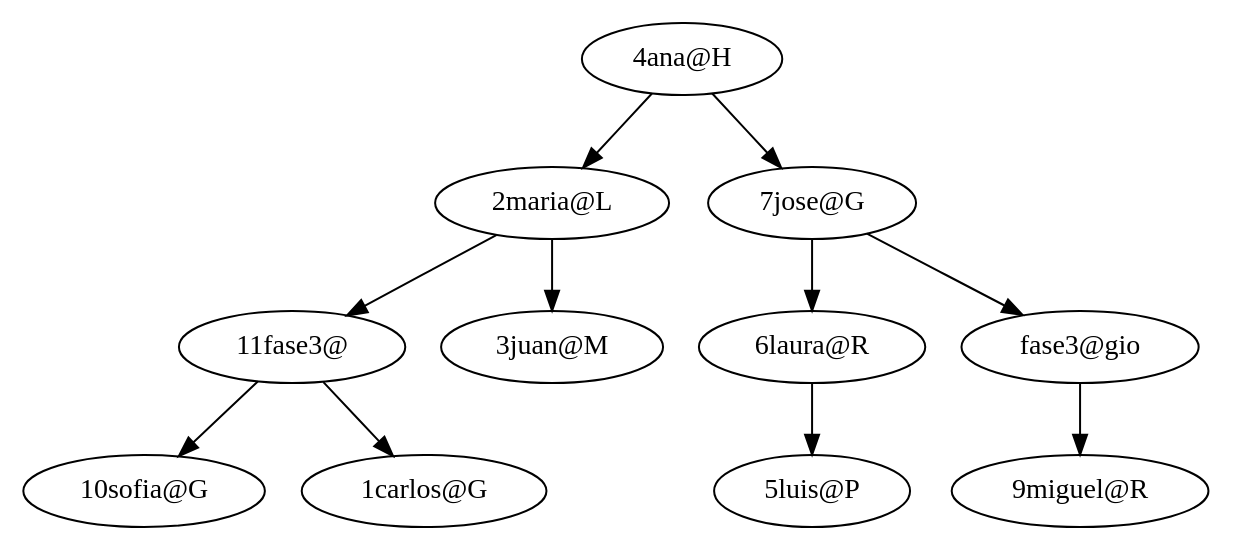
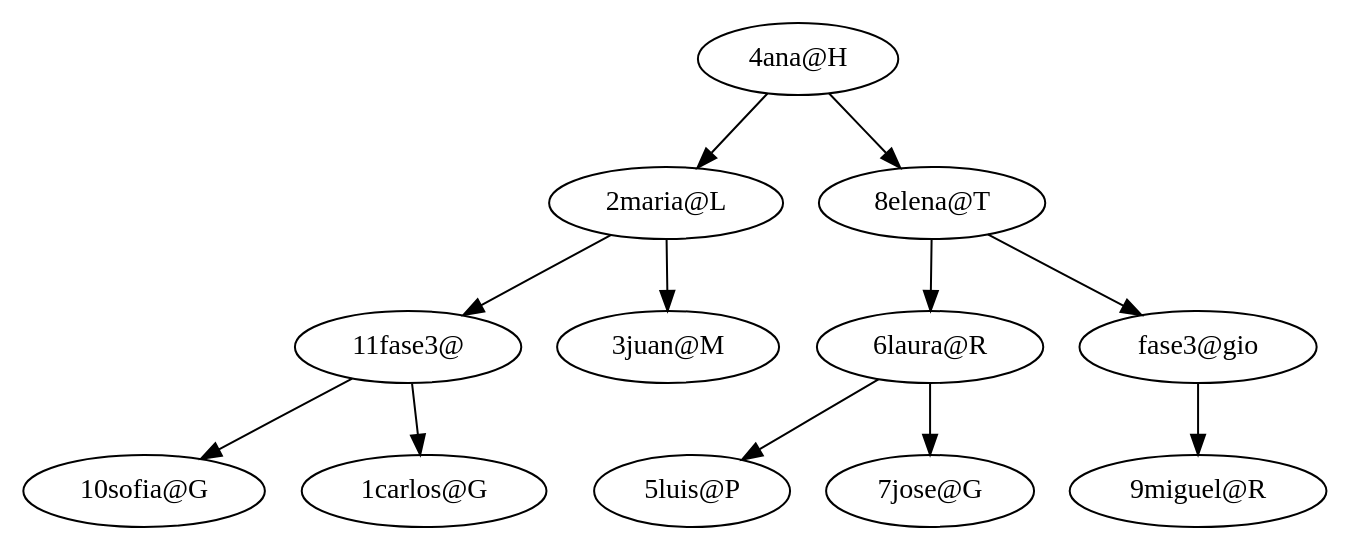
The diagram in fase3/usuarios/reportes/AVL.dot (Ggi0/-EDD-Proyecto_202100229), drawn with Graphviz before and after one commit. The commit also changed 22 other files, not shown here.

```diff
--- a/fase3/usuarios/reportes/AVL.dot
+++ b/fase3/usuarios/reportes/AVL.dot
@@ -1,23 +1,25 @@
 digraph G {
-Nodo0x7ff0c6c6c6a0[label = "4ana@H"]
-Nodo0x7ff0c6c6c6a0->Nodo0x7ff0c6c62890
-Nodo0x7ff0c6c6c6a0->Nodo0x7ff0c0f76a20
-Nodo0x7ff0c6c62890[label = "2maria@L"]
-Nodo0x7ff0c6c62890->Nodo0x7ff0c6c485f0
-Nodo0x7ff0c6c62890->Nodo0x7ff0c6c695c0
-Nodo0x7ff0c6c485f0[label = "11fase3@"]
-Nodo0x7ff0c6c485f0->Nodo0x7ff0c6c4c920
-Nodo0x7ff0c6c485f0->Nodo0x7ff0c6c5f690
-Nodo0x7ff0c6c4c920[label = "10sofia@G"]
-Nodo0x7ff0c6c5f690[label = "1carlos@G"]
-Nodo0x7ff0c6c695c0[label = "3juan@M"]
-Nodo0x7ff0c0f76a20[label = "7jose@G"]
-Nodo0x7ff0c0f76a20->Nodo0x7ff0c6c59f40
-Nodo0x7ff0c0f76a20->Nodo0x7ff0c6c6c540
-Nodo0x7ff0c6c59f40[label = "6laura@R"]
-Nodo0x7ff0c6c59f40->Nodo0x7ff0c6c67590
-Nodo0x7ff0c6c67590[label = "5luis@P"]
-Nodo0x7ff0c6c6c540[label = "fase3@gio"]
-Nodo0x7ff0c6c6c540->Nodo0x7ff0c6c61cc0
-Nodo0x7ff0c6c61cc0[label = "9miguel@R"]
+Nodo0x7f8c3bc95cf0[label = "4ana@H"]
+Nodo0x7f8c3bc95cf0->Nodo0x7f8c3bc967c0
+Nodo0x7f8c3bc95cf0->Nodo0x7f8c3bc985b0
+Nodo0x7f8c3bc967c0[label = "2maria@L"]
+Nodo0x7f8c3bc967c0->Nodo0x7f8c3bca9b30
+Nodo0x7f8c3bc967c0->Nodo0x7f8c3bc97da0
+Nodo0x7f8c3bca9b30[label = "11fase3@"]
+Nodo0x7f8c3bca9b30->Nodo0x7f8c3bc9ed60
+Nodo0x7f8c3bca9b30->Nodo0x7f8c3bc98020
+Nodo0x7f8c3bc9ed60[label = "10sofia@G"]
+Nodo0x7f8c3bc98020[label = "1carlos@G"]
+Nodo0x7f8c3bc97da0[label = "3juan@M"]
+Nodo0x7f8c3bc985b0[label = "8elena@T"]
+Nodo0x7f8c3bc985b0->Nodo0x7f8c3bca1bb0
+Nodo0x7f8c3bc985b0->Nodo0x7f8c3bca07d0
+Nodo0x7f8c3bca1bb0[label = "6laura@R"]
+Nodo0x7f8c3bca1bb0->Nodo0x7f8c3bc97820
+Nodo0x7f8c3bca1bb0->Nodo0x7f8c3bc72760
+Nodo0x7f8c3bc97820[label = "5luis@P"]
+Nodo0x7f8c3bc72760[label = "7jose@G"]
+Nodo0x7f8c3bca07d0[label = "fase3@gio"]
+Nodo0x7f8c3bca07d0->Nodo0x7f8c3bca8670
+Nodo0x7f8c3bca8670[label = "9miguel@R"]
 }
```
